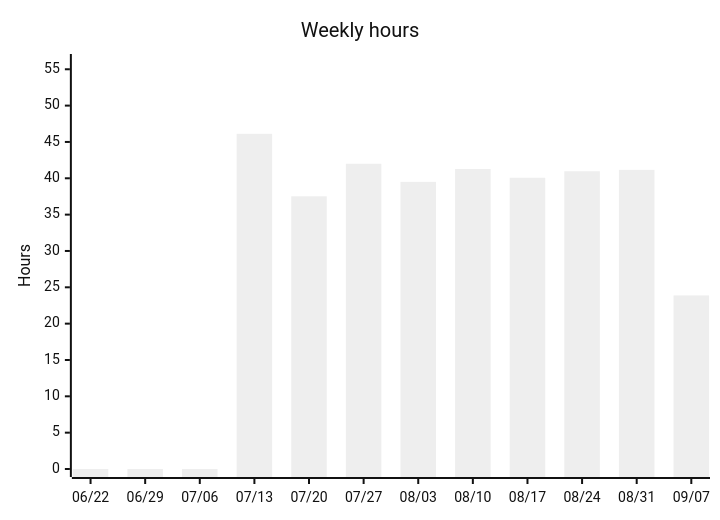
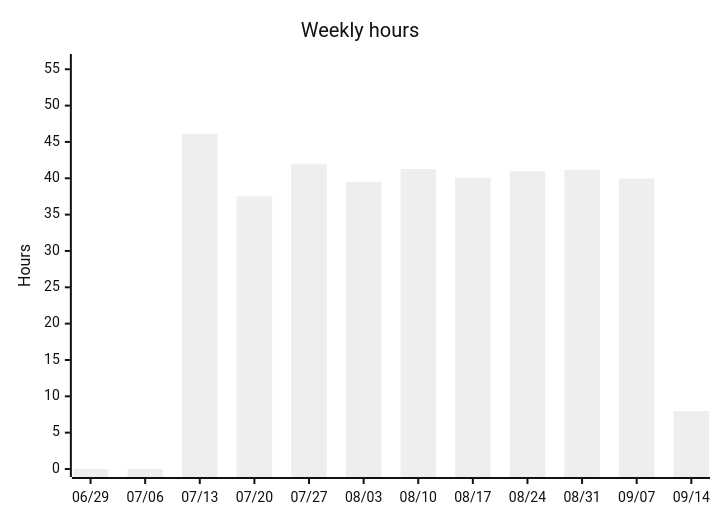
One commit to albinforsberg-netizen/timeclock changed the third of 5 diagrams in README.org. Above: the diagram before and after it, drawn with Mermaid (neutral theme). The commit also changed other lines of this file, not shown here.

```diff
--- a/README.org
+++ b/README.org
@@ -108,7 +108,7 @@
 #+begin_src mermaid
 xychart-beta
     title "Weekly hours"
-    x-axis ["06/22", "06/29", "07/06", "07/13", "07/20", "07/27", "08/03", "08/10", "08/17", "08/24", "08/31", "09/07"]
+    x-axis ["06/29", "07/06", "07/13", "07/20", "07/27", "08/03", "08/10", "08/17", "08/24", "08/31", "09/07", "09/14"]
     y-axis "Hours" 0 --> 56
-    bar [0.00, 0.00, 0.00, 46.12, 37.52, 42.00, 39.51, 41.28, 40.07, 40.97, 41.16, 23.88]
+    bar [0.00, 0.00, 46.12, 37.52, 42.00, 39.51, 41.28, 40.07, 40.97, 41.16, 39.97, 7.96]
 #+end_src
```
